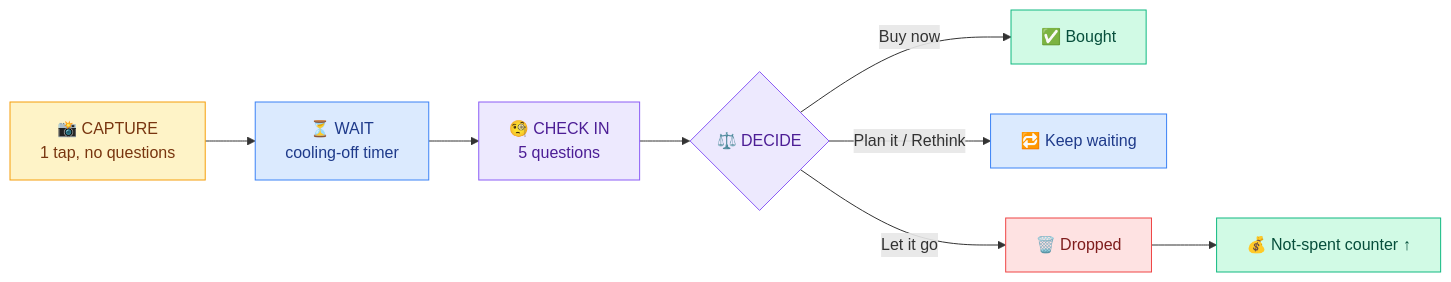
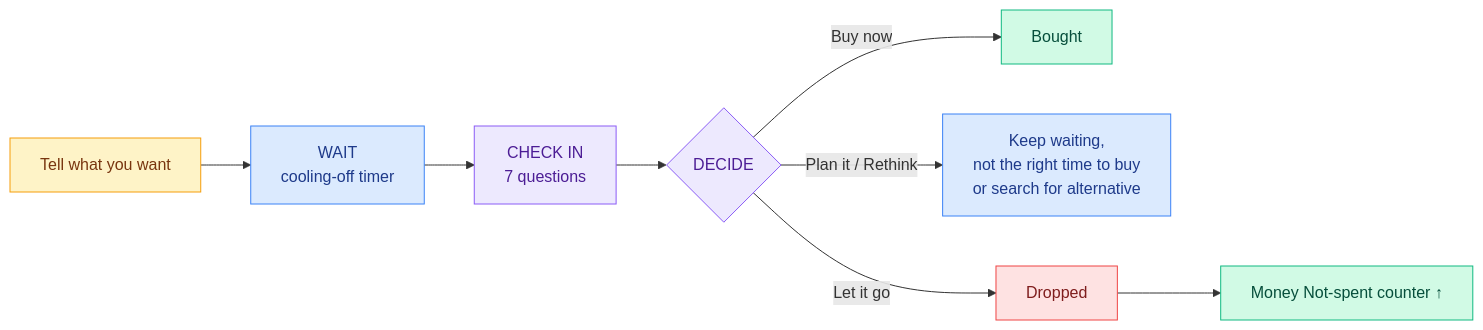
One commit to Elfachry/Pondr changed the first of 2 diagrams in README.md. Above: the diagram before and after it, drawn with Mermaid. The commit also changed other lines of this file, not shown here.

````diff
--- a/README.md
+++ b/README.md
@@ -46,22 +73,22 @@
 ```mermaid
 flowchart LR
-    A["📸 CAPTURE<br/>1 tap, no questions"] --> B["⏳ WAIT<br/>cooling-off timer"]
-    B --> C["🧐 CHECK IN<br/>5 questions"]
-    C --> D{"⚖️ DECIDE"}
-    D -->|Buy now| E["✅ Bought"]
-    D -->|Plan it / Rethink| F["🔁 Keep waiting"]
-    D -->|Let it go| G["🗑️ Dropped"]
-    G --> H["💰 Not-spent counter ↑"]
+    A["Tell what you want<br/>"] --> B["WAIT<br/>cooling-off timer"]
+    B --> C[" CHECK IN<br/>7 questions"]
+    C --> D{"DECIDE"}
+    D -->|Buy now| E["Bought"]
+    D -->|Plan it / Rethink| F["Keep waiting, <br/> not the right time to buy<br>or search for alternative"]
+    D -->|Let it go| G["Dropped"]
+    G --> H["Money Not-spent counter ↑"]
 
     classDef cap fill:#FEF3C7,stroke:#F59E0B,color:#78350F
     classDef wait fill:#DBEAFE,stroke:#3B82F6,color:#1E3A8A
     classDef chk fill:#EDE9FE,stroke:#8B5CF6,color:#4C1D95
     classDef good fill:#D1FAE5,stroke:#10B981,color:#064E3B
     classDef bad fill:#FEE2E2,stroke:#EF4444,color:#7F1D1D
     class A cap
     class B wait
     class C,D chk
     class E,H good
     class F wait
     class G bad
 ```
````
